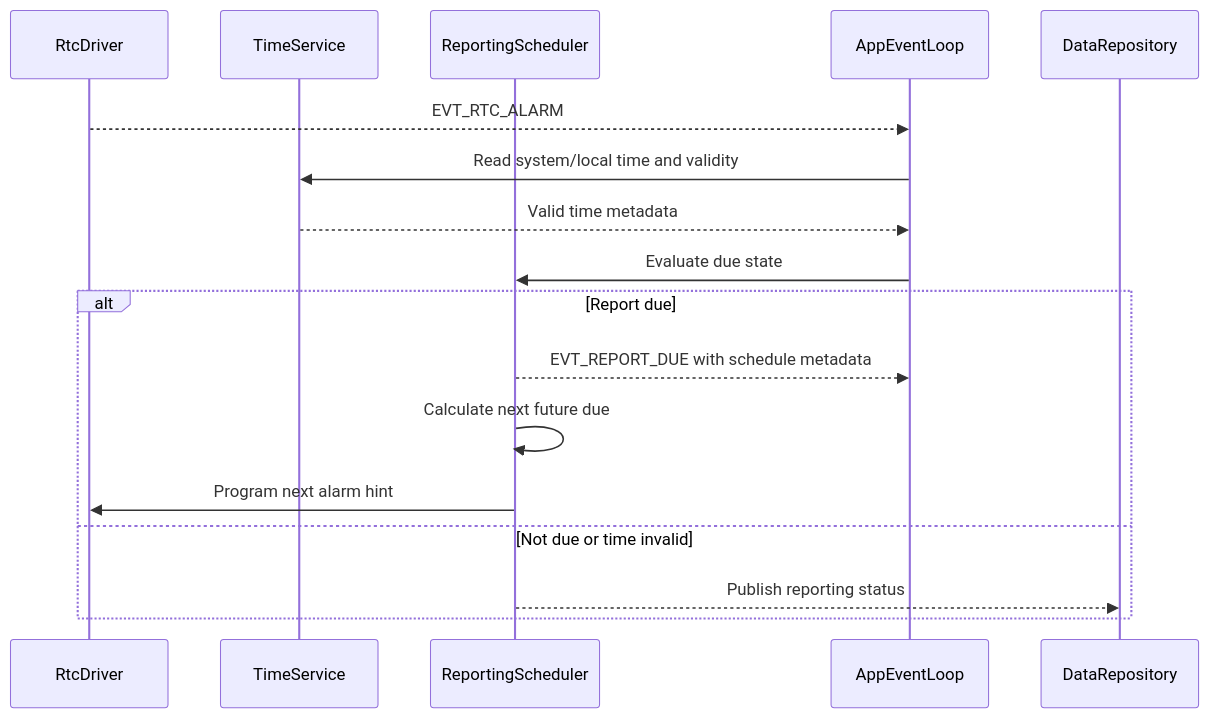
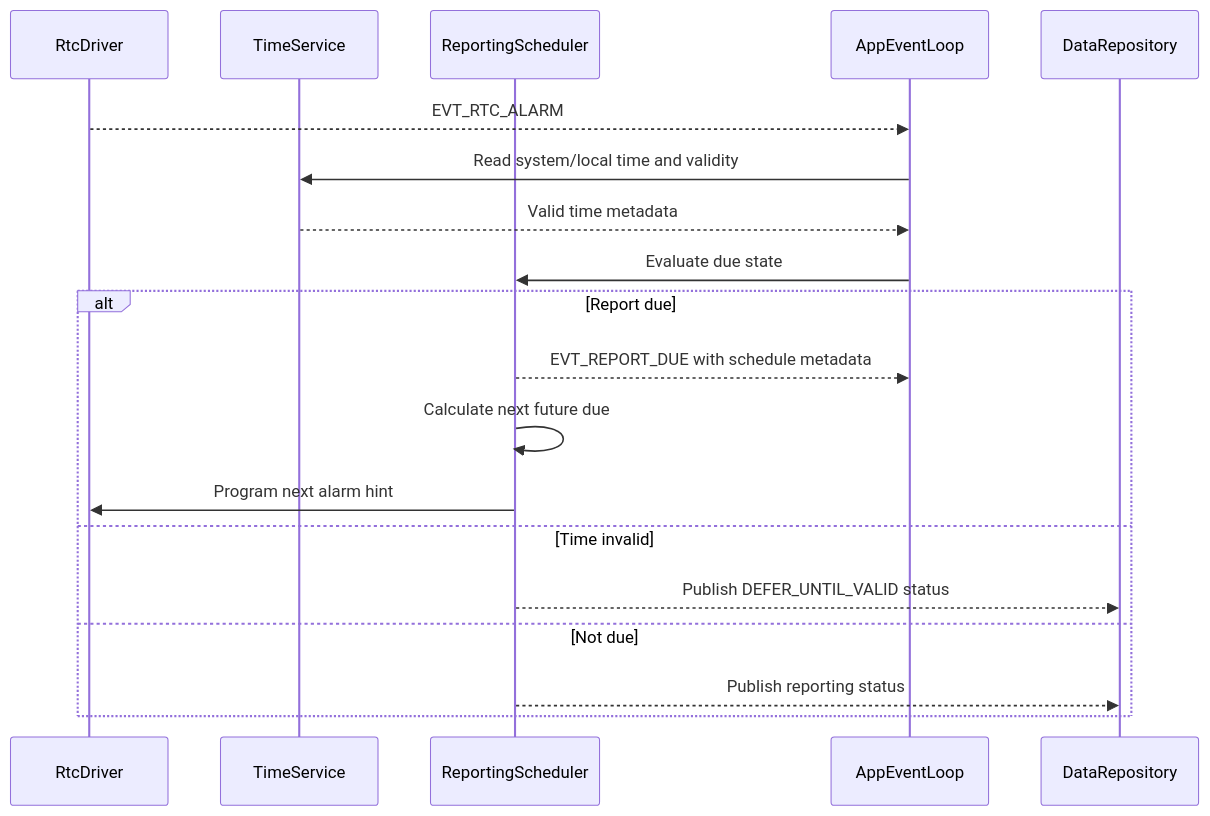
One commit to whoisLePhuc/smart-water-flow-pressure-monitor changed diagram 17 of 27 in 1.docs/00_overview/05_sequence_diagrams.md. Above: the diagram before and after it, drawn with Mermaid. The commit also changed other lines of this file and 11 other files, not shown here.

````diff
--- a/1.docs/00_overview/05_sequence_diagrams.md
+++ b/1.docs/00_overview/05_sequence_diagrams.md
@@ -617,20 +618,22 @@
 ```mermaid
 sequenceDiagram
     participant RTC as RtcDriver
     participant TS as TimeService
     participant RS as ReportingScheduler
     participant EL as AppEventLoop
     participant DR as DataRepository
 
     RTC-->>EL: EVT_RTC_ALARM
     EL->>TS: Read system/local time and validity
     TS-->>EL: Valid time metadata
     EL->>RS: Evaluate due state
     alt Report due
         RS-->>EL: EVT_REPORT_DUE with schedule metadata
         RS->>RS: Calculate next future due
         RS->>RTC: Program next alarm hint
-    else Not due or time invalid
+    else Time invalid
+        RS-->>DR: Publish DEFER_UNTIL_VALID status
+    else Not due
         RS-->>DR: Publish reporting status
     end
 ```
````
